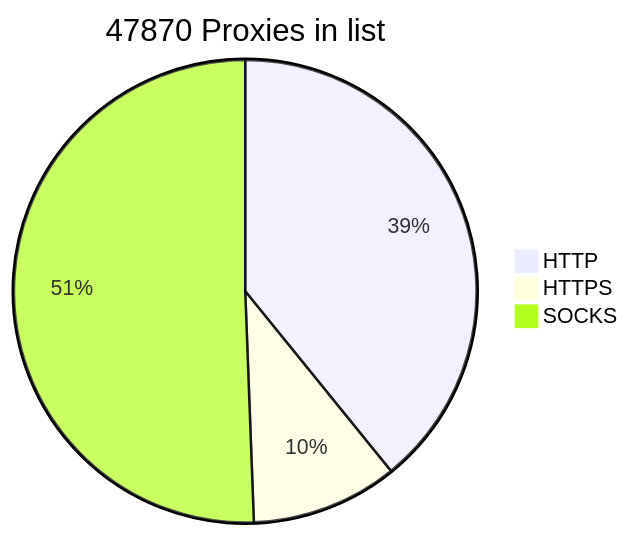
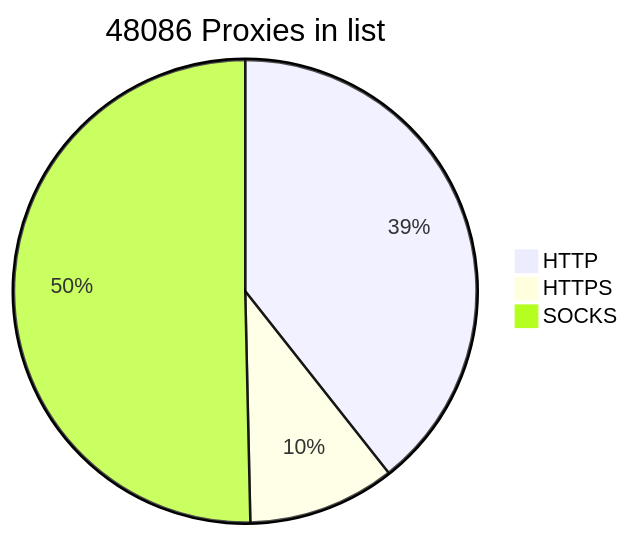
One commit to BlackSnowDot/proxylist-update-every-minute changed the diagram in README.md. Above: the diagram before and after it, drawn with Mermaid.

````diff
--- a/README.md
+++ b/README.md
@@ -2,6 +2,6 @@
 ```mermaid
-pie title 47870 Proxies in list
-    "HTTP" : 20602
-    "HTTPS": 5393
-    "SOCKS" : 26623
+pie title 48086 Proxies in list
+    "HTTP" : 20813
+    "HTTPS": 5440
+    "SOCKS" : 26626
 ```
````
